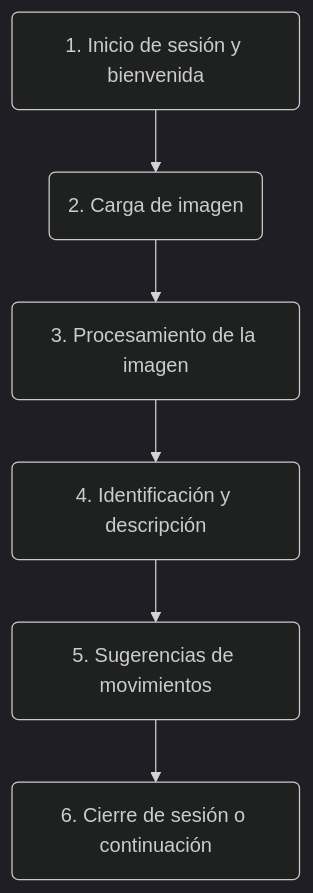
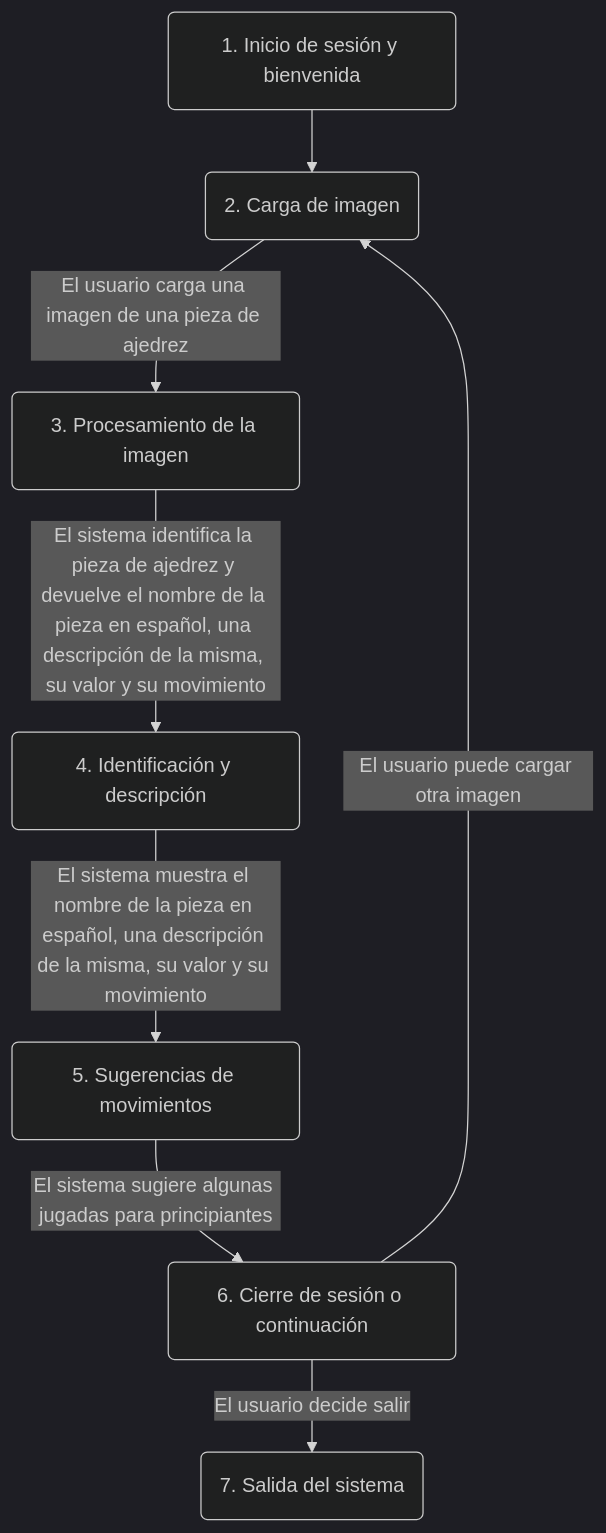
One commit to RaRdEvA/sipa changed the diagram in README.md. Above: the diagram before and after it, drawn with Mermaid (dark theme). The commit also changed other lines of this file and 3 other files, not shown here.

````diff
--- a/README.md
+++ b/README.md
@@ -43,8 +47,10 @@
 ```mermaid
 flowchart TD
     A(1. Inicio de sesión y bienvenida) --> B(2. Carga de imagen)
-    B --> C(3. Procesamiento de la imagen)
-    C --> D(4. Identificación y descripción)
-    D --> E(5. Sugerencias de movimientos)
-    E --> F(6. Cierre de sesión o continuación)
+    B --> |El usuario carga una imagen de una pieza de ajedrez|C(3. Procesamiento de la imagen)
+    C --> |El sistema identifica la pieza de ajedrez y devuelve el nombre de la pieza en español, una descripción de la misma, su valor y su movimiento|D(4. Identificación y descripción)
+    D --> |El sistema muestra el nombre de la pieza en español, una descripción de la misma, su valor y su movimiento|E(5. Sugerencias de movimientos)
+    E --> |El sistema sugiere algunas jugadas para principiantes|F(6. Cierre de sesión o continuación)
+      F --> |El usuario puede cargar otra imagen|B
+      F --> |El usuario decide salir|G(7. Salida del sistema)
 ```
````
